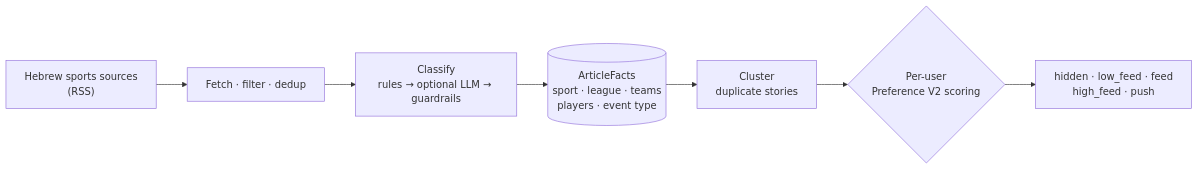
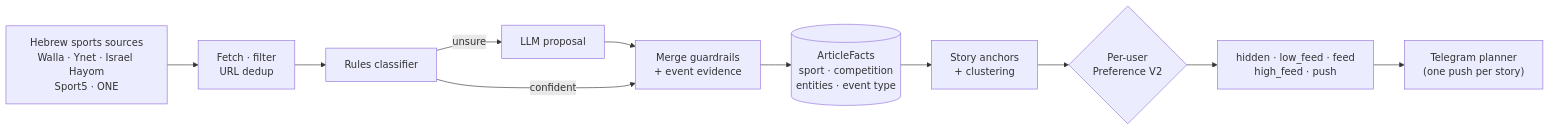
Before and after one commit to Guy-Navon/signal-sports: the diagram in README.md, drawn with Mermaid. The commit also changed other lines of this file and 5 other files, not shown here.

````diff
--- a/README.md
+++ b/README.md
@@ -36,9 +114,13 @@
 ```mermaid
 flowchart LR
-    A["Hebrew sports sources<br/>(RSS)"] --> B["Fetch · filter · dedup"]
-    B --> C["Classify<br/>rules → optional LLM → guardrails"]
-    C --> D[("ArticleFacts<br/>sport · league · teams<br/>players · event type")]
-    D --> E["Cluster<br/>duplicate stories"]
-    E --> F{"Per-user<br/>Preference V2 scoring"}
-    F --> G["hidden · low_feed · feed<br/>high_feed · push"]
+    A["Hebrew sports sources<br/>Walla · Ynet · Israel Hayom<br/>Sport5 · ONE"] --> B["Fetch · filter<br/>URL dedup"]
+    B --> C["Rules classifier"]
+    C -->|"unsure"| L["LLM proposal"]
+    L --> G["Merge guardrails<br/>+ event evidence"]
+    C -->|"confident"| G
+    G --> D[("ArticleFacts<br/>sport · competition<br/>entities · event type")]
+    D --> E["Story anchors<br/>+ clustering"]
+    E --> F{"Per-user<br/>Preference V2"}
+    F --> H["hidden · low_feed · feed<br/>high_feed · push"]
+    H --> N["Telegram planner<br/>(one push per story)"]
 ```
````
